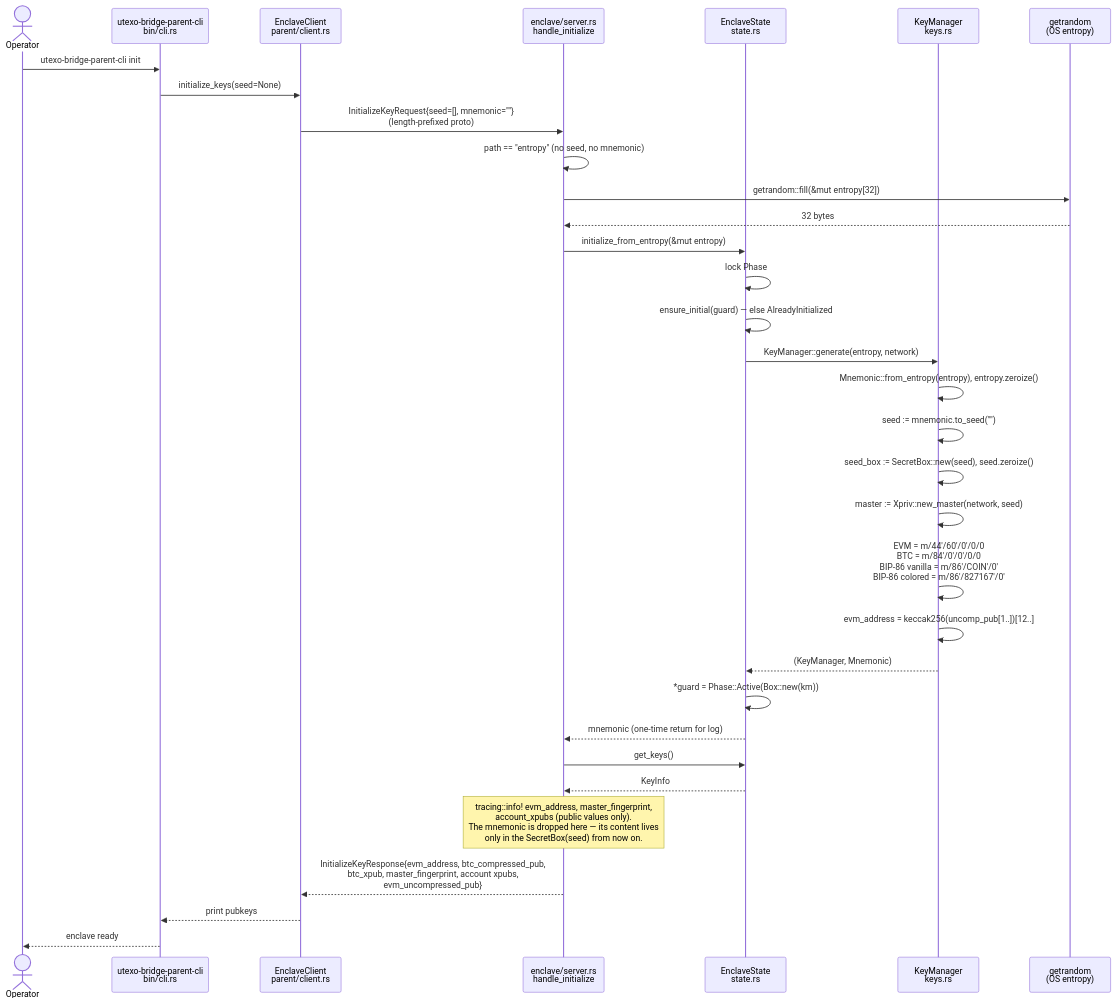
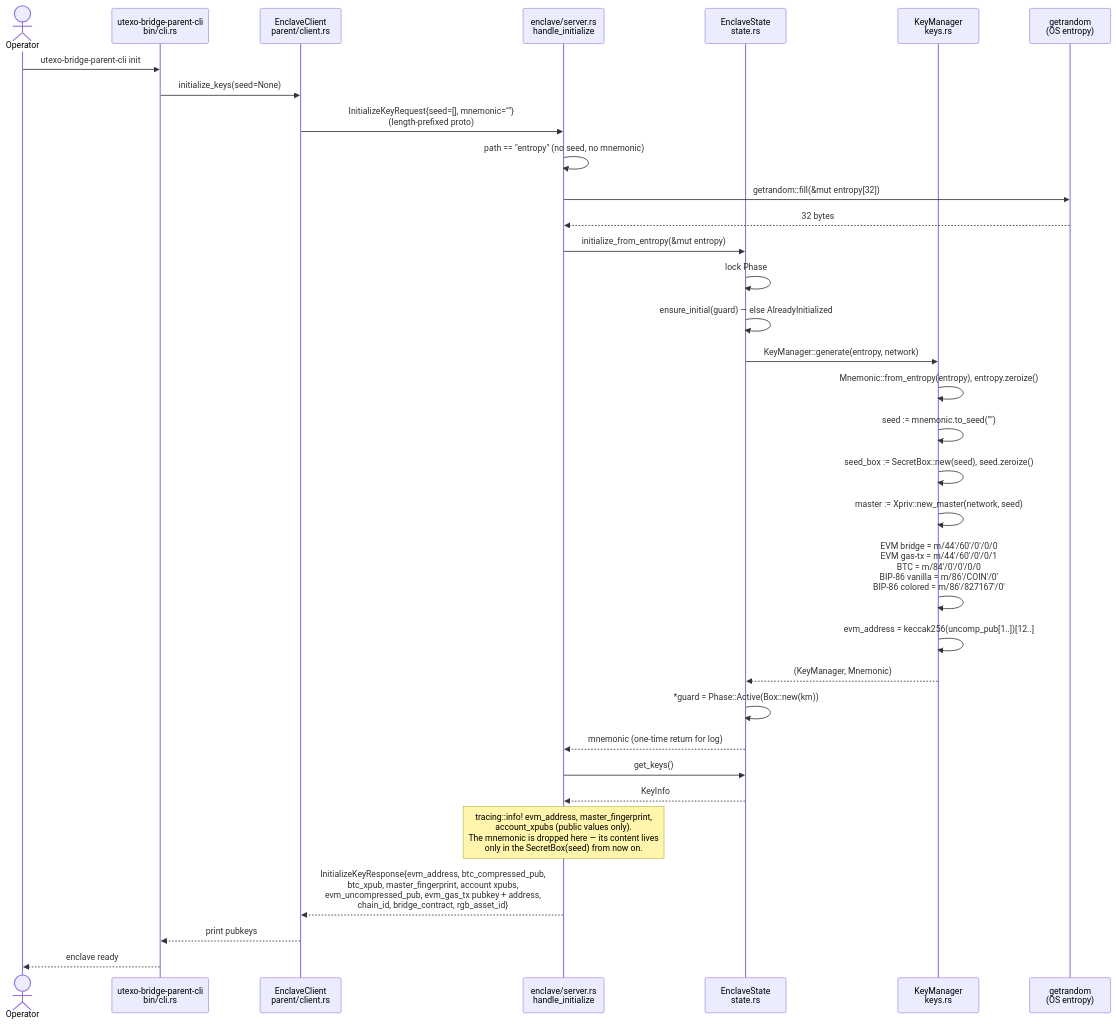
The diagram in docs/diagrams/07-seq-initialize-keys.md (UTEXO-Protocol/enclave-signer), drawn with Mermaid before and after one commit. The commit also changed 11 other files, not shown here.

First line of the commit message:
docs: refresh architecture and sequence diagrams to the current code

````diff
--- a/docs/diagrams/07-seq-initialize-keys.md
+++ b/docs/diagrams/07-seq-initialize-keys.md
@@ -3,43 +3,43 @@
 ```mermaid
 sequenceDiagram
     actor Op as Operator
     participant Cli as utexo-bridge-parent-cli<br/>bin/cli.rs
     participant PClient as EnclaveClient<br/>parent/client.rs
     participant Srv as enclave/server.rs<br/>handle_initialize
     participant State as EnclaveState<br/>state.rs
     participant Km as KeyManager<br/>keys.rs
     participant Rand as getrandom<br/>(OS entropy)
 
     Op->>Cli: utexo-bridge-parent-cli init
     Cli->>PClient: initialize_keys(seed=None)
     PClient->>Srv: InitializeKeyRequest{seed=[], mnemonic=""}<br/>(length-prefixed proto)
 
     Srv->>Srv: path == "entropy" (no seed, no mnemonic)
     Srv->>Rand: getrandom::fill(&mut entropy[32])
     Rand-->>Srv: 32 bytes
     Srv->>State: initialize_from_entropy(&mut entropy)
 
     State->>State: lock Phase
     State->>State: ensure_initial(guard) — else AlreadyInitialized
     State->>Km: KeyManager::generate(entropy, network)
 
     Km->>Km: Mnemonic::from_entropy(entropy), entropy.zeroize()
     Km->>Km: seed := mnemonic.to_seed("")
     Km->>Km: seed_box := SecretBox::new(seed), seed.zeroize()
     Km->>Km: master := Xpriv::new_master(network, seed)
-    Km->>Km: EVM   = m/44'/60'/0'/0/0<br/>BTC   = m/84'/0'/0'/0/0<br/>BIP-86 vanilla = m/86'/COIN'/0'<br/>BIP-86 colored = m/86'/827167'/0'
+    Km->>Km: EVM bridge = m/44'/60'/0'/0/0<br/>EVM gas-tx = m/44'/60'/0'/0/1<br/>BTC = m/84'/0'/0'/0/0<br/>BIP-86 vanilla = m/86'/COIN'/0'<br/>BIP-86 colored = m/86'/827167'/0'
     Km->>Km: evm_address = keccak256(uncomp_pub[1..])[12..]
     Km-->>State: (KeyManager, Mnemonic)
 
     State->>State: *guard = Phase::Active(Box::new(km))
     State-->>Srv: mnemonic (one-time return for log)
 
     Srv->>State: get_keys()
     State-->>Srv: KeyInfo
 
     Note over Srv: tracing::info! evm_address, master_fingerprint,<br/>account_xpubs (public values only).<br/>The mnemonic is dropped here — its content lives<br/>only in the SecretBox(seed) from now on.
 
-    Srv-->>PClient: InitializeKeyResponse{evm_address, btc_compressed_pub,<br/>btc_xpub, master_fingerprint, account xpubs,<br/>evm_uncompressed_pub}
+    Srv-->>PClient: InitializeKeyResponse{evm_address, btc_compressed_pub,<br/>btc_xpub, master_fingerprint, account xpubs,<br/>evm_uncompressed_pub, evm_gas_tx pubkey + address,<br/>chain_id, bridge_contract, rgb_asset_id}
     PClient-->>Cli: print pubkeys
     Cli-->>Op: enclave ready
 ```
````
